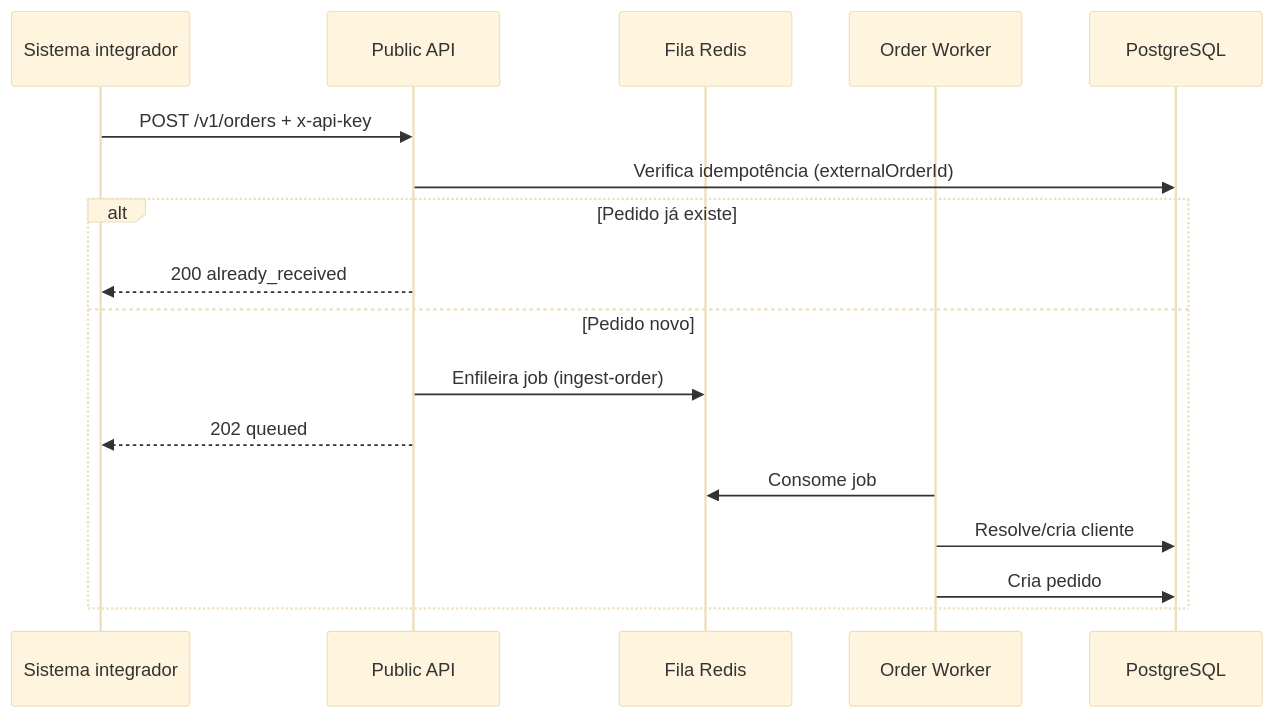
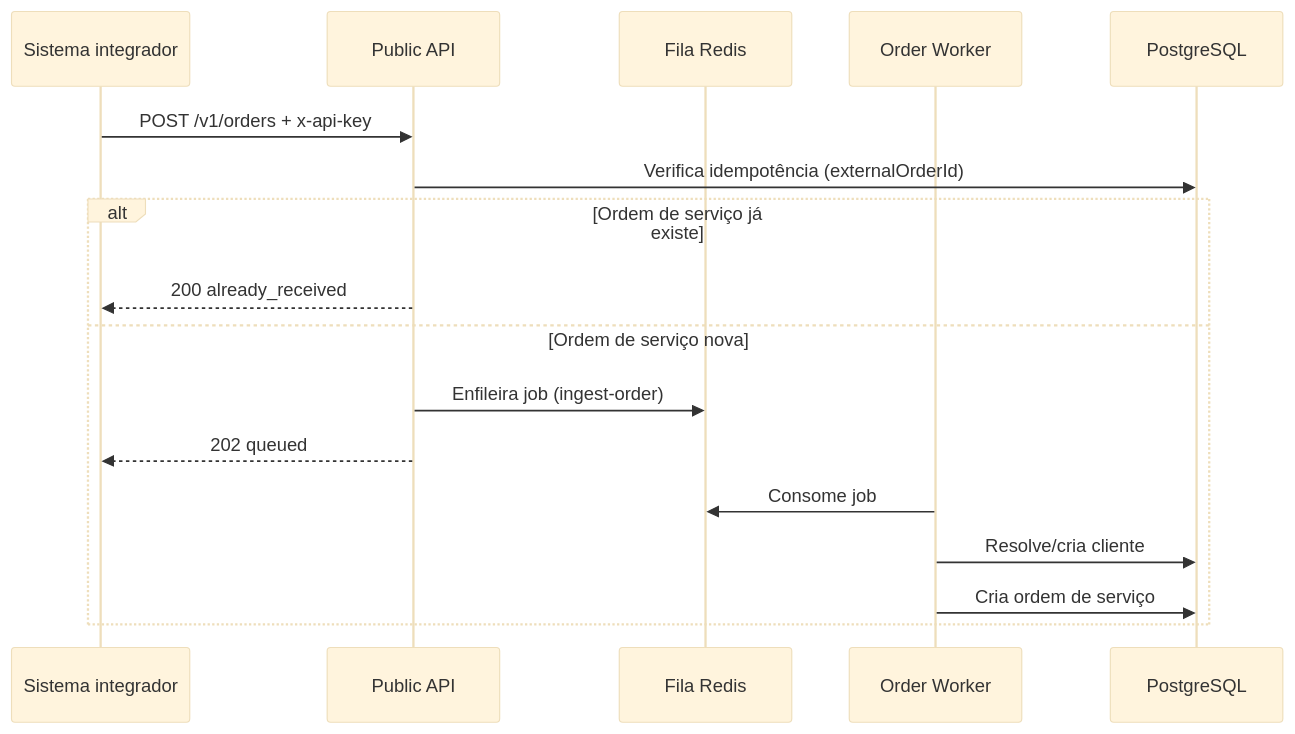
The diagram in apps/api-lavperform/docs/reference/public-api.md (andreysuprano/lavperform), drawn with Mermaid (base theme) before and after one commit. The commit also changed other lines of this file and 5 other files, not shown here.

````diff
--- a/apps/api-lavperform/docs/reference/public-api.md
+++ b/apps/api-lavperform/docs/reference/public-api.md
@@ -111,20 +111,20 @@
 ```mermaid
 sequenceDiagram
     participant Cliente as Sistema integrador
     participant API as Public API
     participant Redis as Fila Redis
     participant Worker as Order Worker
     participant DB as PostgreSQL
 
     Cliente->>API: POST /v1/orders + x-api-key
     API->>DB: Verifica idempotência (externalOrderId)
-    alt Pedido já existe
+    alt Ordem de serviço já existe
         API-->>Cliente: 200 already_received
-    else Pedido novo
+    else Ordem de serviço nova
         API->>Redis: Enfileira job (ingest-order)
         API-->>Cliente: 202 queued
         Worker->>Redis: Consome job
         Worker->>DB: Resolve/cria cliente
-        Worker->>DB: Cria pedido
+        Worker->>DB: Cria ordem de serviço
     end
 ```
````
